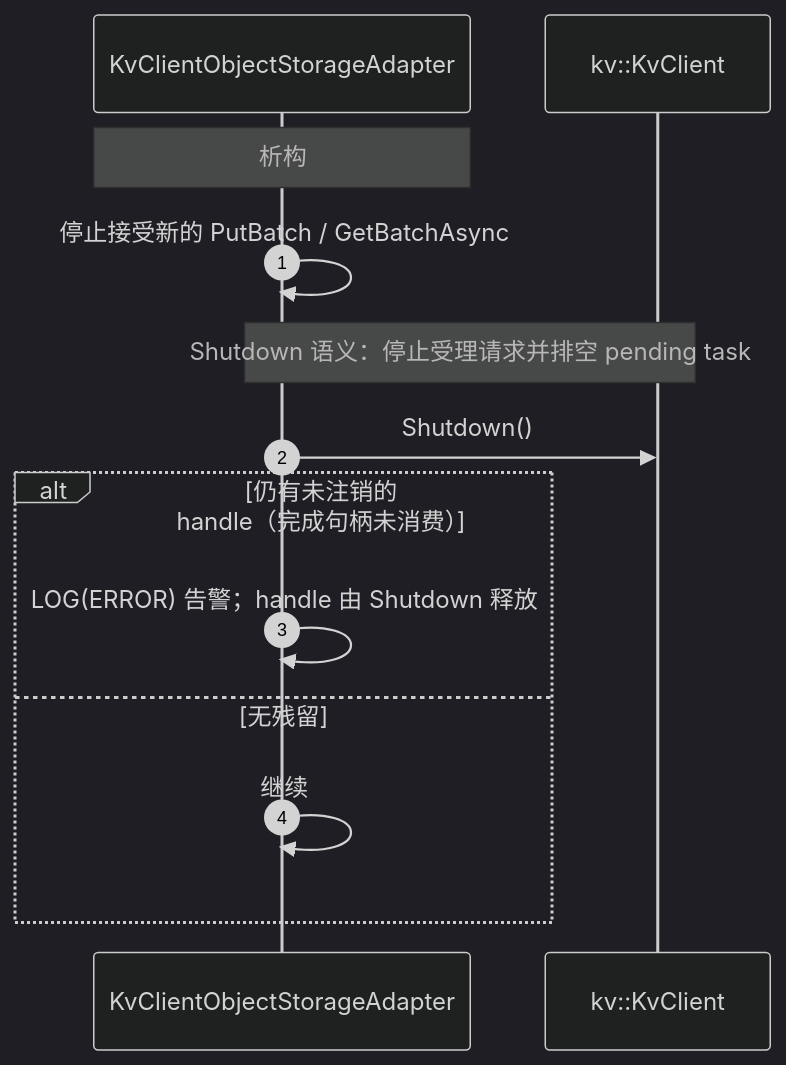
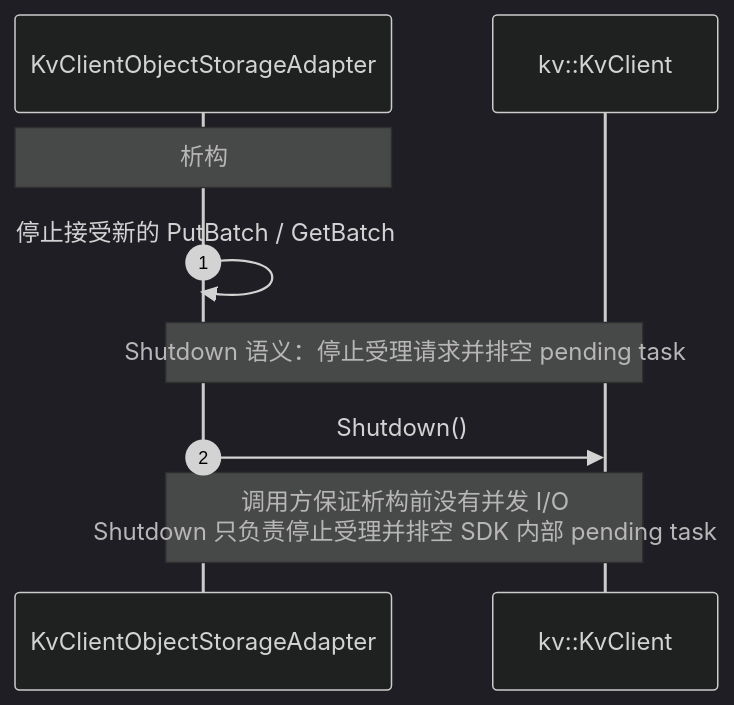
Diagram 13 of 13 in Mooncake + KVClient L3 接入（Kvcs）- v3.md (zwj20000328-dotcom/Mooncake-documents), drawn with Mermaid (dark theme) before and after one commit. The commit also changed other lines of this file and 2 other files, not shown here.

````diff
--- a/Mooncake + KVClient L3 接入（Kvcs）- v3.md
+++ b/Mooncake + KVClient L3 接入（Kvcs）- v3.md
@@ -774,16 +774,12 @@
 ```mermaid
 sequenceDiagram
     autonumber
     participant AD as KvClientObjectStorageAdapter
     participant SDK as kv::KvClient
 
     Note over AD: 析构
-    AD->>AD: 停止接受新的 PutBatch / GetBatchAsync
+    AD->>AD: 停止接受新的 PutBatch / GetBatch
     Note over AD,SDK: Shutdown 语义：停止受理请求并排空 pending task
     AD->>SDK: Shutdown()
-    alt 仍有未注销的 handle（完成句柄未消费）
-        AD->>AD: LOG(ERROR) 告警；handle 由 Shutdown 释放
-    else 无残留
-        AD->>AD: 继续
-    end
+    Note over AD,SDK: 调用方保证析构前没有并发 I/O<br/>Shutdown 只负责停止受理并排空 SDK 内部 pending task
 ```
````
